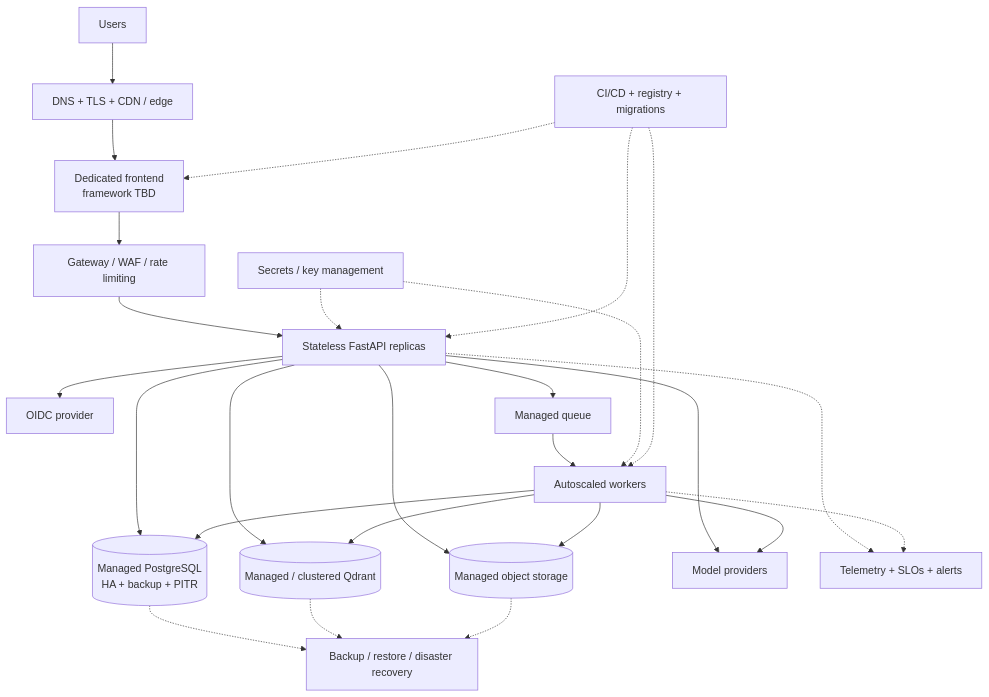
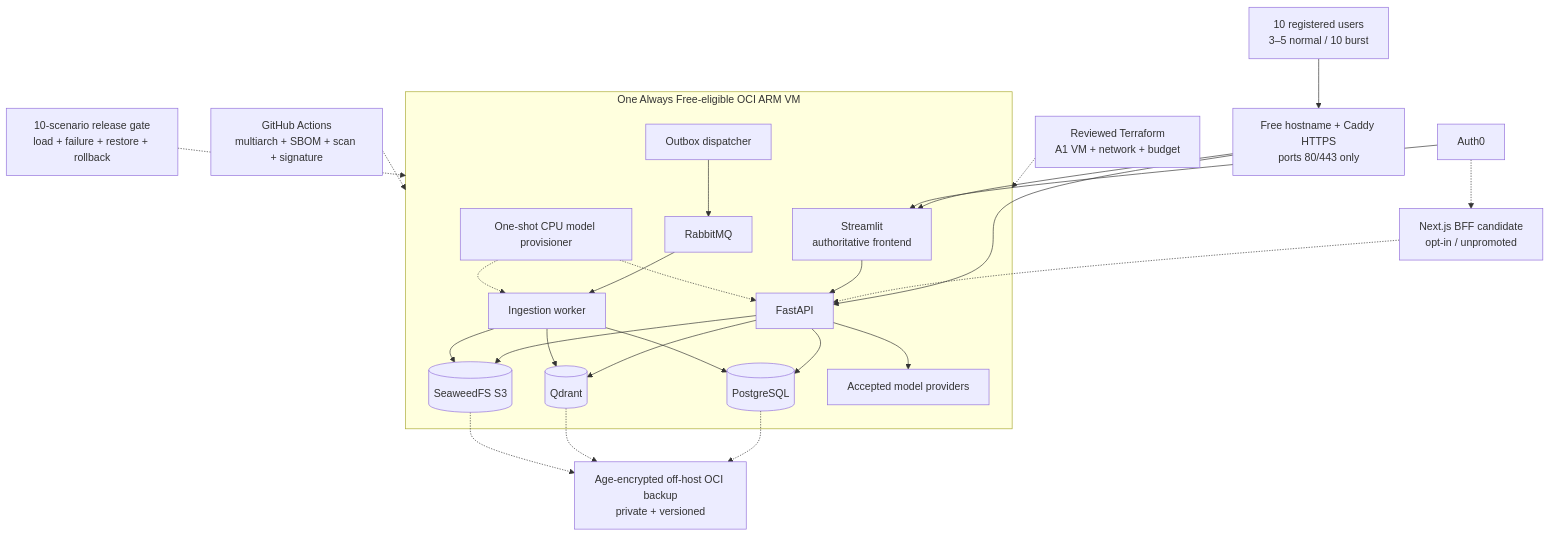
One commit to mvyas412/ai-projects changed the tenth of 11 diagrams in mm-rag-full-stack-genai-bootcamp-3.0/docs/architecture/ARCHITECTURE.md. Above: the diagram before and after it, drawn with Mermaid. The commit also changed other lines of this file and 67 other files, not shown here.

````diff
--- a/mm-rag-full-stack-genai-bootcamp-3.0/docs/architecture/ARCHITECTURE.md
+++ b/mm-rag-full-stack-genai-bootcamp-3.0/docs/architecture/ARCHITECTURE.md
@@ -705,28 +773,29 @@
 ```mermaid
 flowchart TB
-    user["Users"] --> edge["DNS + TLS + CDN / edge"]
-    edge --> web["Dedicated frontend<br/>framework TBD"]
-    web --> gateway["Gateway / WAF / rate limiting"]
-    gateway --> api["Stateless FastAPI replicas"]
-    api --> oidc["OIDC provider"]
-    api --> pg[("Managed PostgreSQL<br/>HA + backup + PITR")]
-    api --> qd[("Managed / clustered Qdrant")]
-    api --> objects[("Managed object storage")]
-    api --> queue["Managed queue"]
-    queue --> workers["Autoscaled workers"]
-    workers --> pg
-    workers --> qd
-    workers --> objects
-    api --> models["Model providers"]
-    workers --> models
-    secrets["Secrets / key management"] -.-> api
-    secrets -.-> workers
-    deploy["CI/CD + registry + migrations"] -.-> web
-    deploy -.-> api
-    deploy -.-> workers
-    api -.-> observe["Telemetry + SLOs + alerts"]
-    workers -.-> observe
-    pg -.-> recovery["Backup / restore / disaster recovery"]
-    qd -.-> recovery
-    objects -.-> recovery
+    user["10 registered users<br/>3–5 normal / 10 burst"] --> edge["Free hostname + Caddy HTTPS<br/>ports 80/443 only"]
+    edge --> ui["Streamlit<br/>authoritative frontend"]
+    edge --> api["FastAPI"]
+    auth["Auth0"] --> ui
+    candidate["Next.js BFF candidate<br/>opt-in / unpromoted"] -.-> api
+    auth -.-> candidate
+    subgraph vm["One Always Free-eligible OCI ARM VM"]
+        ui --> api
+        api --> pg[("PostgreSQL")]
+        api --> qd[("Qdrant")]
+        api --> objects[("SeaweedFS S3")]
+        api --> models["Accepted model providers"]
+        dispatcher["Outbox dispatcher"] --> queue["RabbitMQ"]
+        queue --> worker["Ingestion worker"]
+        worker --> pg
+        worker --> qd
+        worker --> objects
+        provision["One-shot CPU model provisioner"] -.-> api
+        provision -.-> worker
+    end
+    terraform["Reviewed Terraform<br/>A1 VM + network + budget"] -.-> vm
+    delivery["GitHub Actions<br/>multiarch + SBOM + scan + signature"] -.-> vm
+    pg -.-> backup["Age-encrypted off-host OCI backup<br/>private + versioned"]
+    qd -.-> backup
+    objects -.-> backup
+    evidence["10-scenario release gate<br/>load + failure + restore + rollback"] -.-> vm
 ```
````
